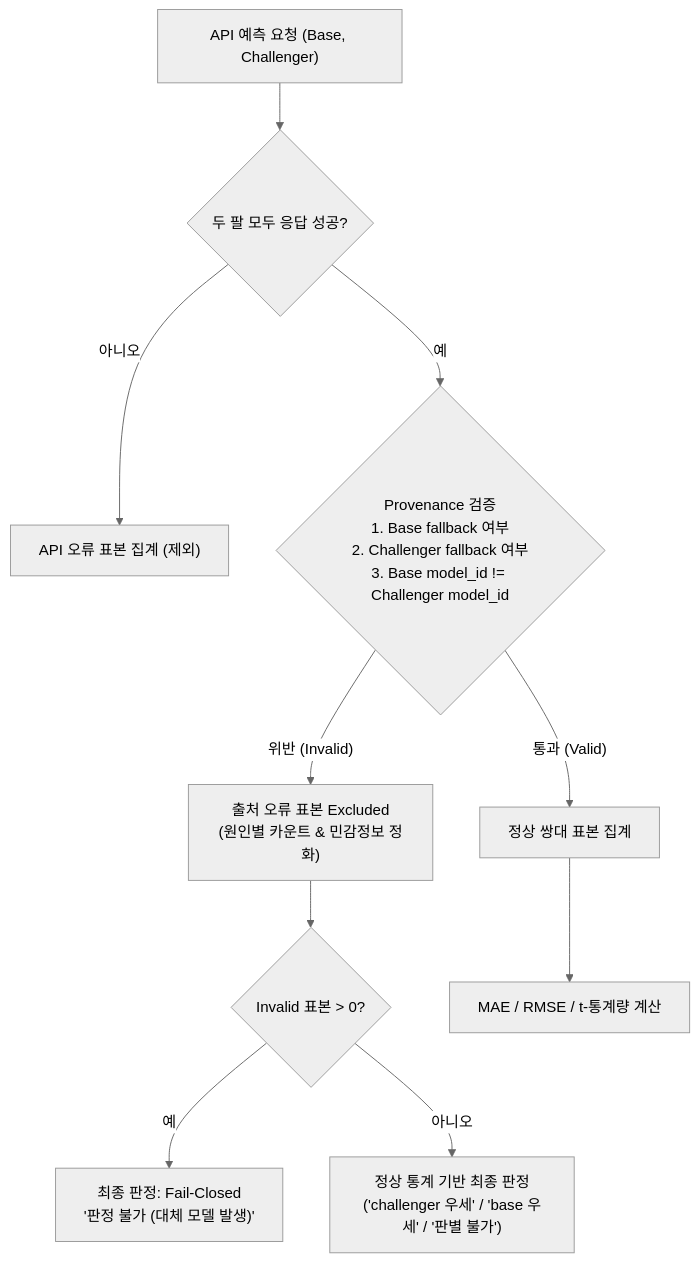
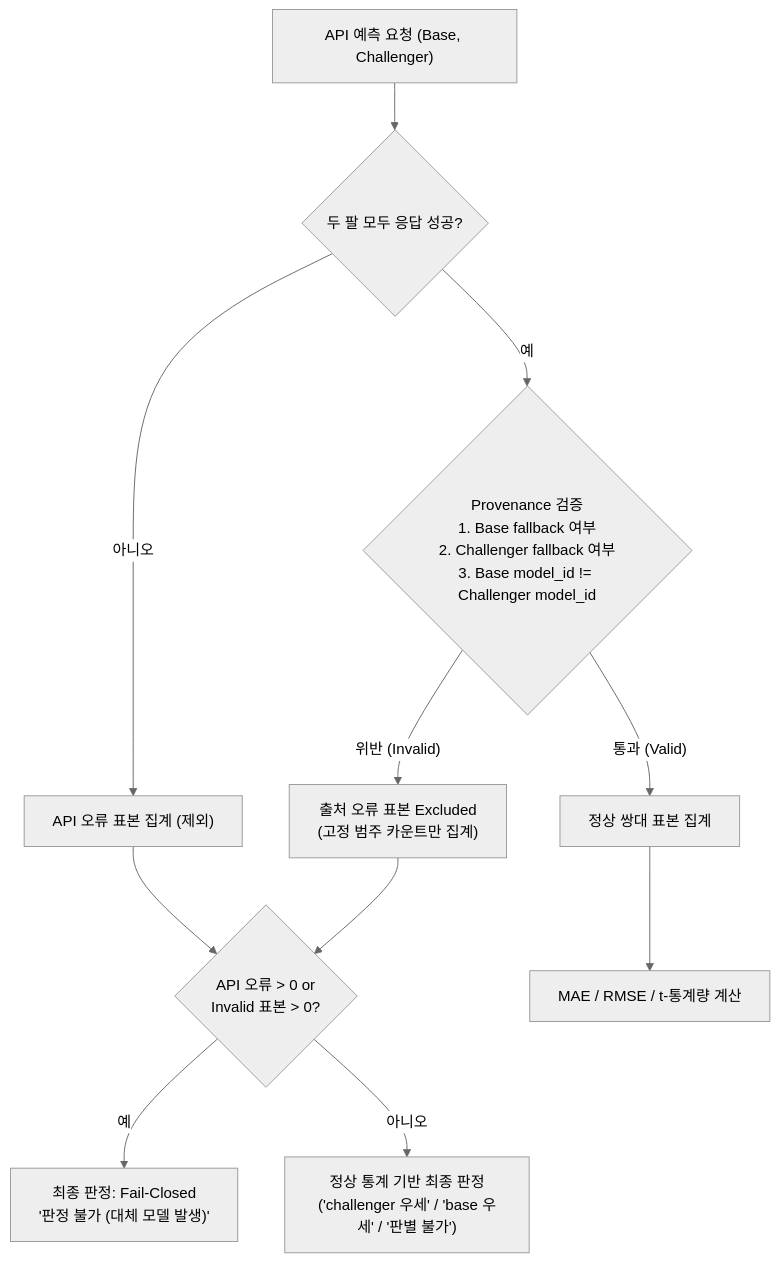
One commit to kwanbum217/refac_bid_box changed the diagram in docs/design/servc_paired_provenance_guard_20260812.md. Above: the diagram before and after it, drawn with Mermaid (neutral theme). The commit also changed other lines of this file and 2 other files, not shown here.

````diff
--- a/docs/design/servc_paired_provenance_guard_20260812.md
+++ b/docs/design/servc_paired_provenance_guard_20260812.md
@@ -58,14 +59,15 @@
 ```mermaid
 flowchart TD
     A["API 예측 요청 (Base, Challenger)"] --> B{"두 팔 모두 응답 성공?"}
     B -- 아니오 --> C["API 오류 표본 집계 (제외)"]
     B -- 예 --> D{"Provenance 검증<br/>1. Base fallback 여부<br/>2. Challenger fallback 여부<br/>3. Base model_id != Challenger model_id"}
-    D -- 위반 (Invalid) --> E["출처 오류 표본 Excluded<br/>(원인별 카운트 & 민감정보 정화)"]
+    D -- 위반 (Invalid) --> E["출처 오류 표본 Excluded<br/>(고정 범주 카운트만 집계)"]
     D -- 통과 (Valid) --> F["정상 쌍대 표본 집계"]
     
-    E --> G{"Invalid 표본 > 0?"}
+    C --> G
+    E --> G{"API 오류 > 0 or<br/>Invalid 표본 > 0?"}
     F --> H["MAE / RMSE / t-통계량 계산"]
     
     G -- 예 --> I["최종 판정: Fail-Closed<br/>'판정 불가 (대체 모델 발생)'"]
     G -- 아니오 --> J["정상 통계 기반 최종 판정<br/>('challenger 우세' / 'base 우세' / '판별 불가')"]
 ```
````
